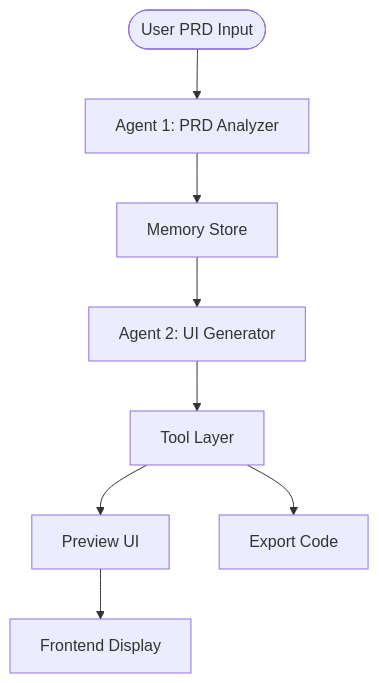
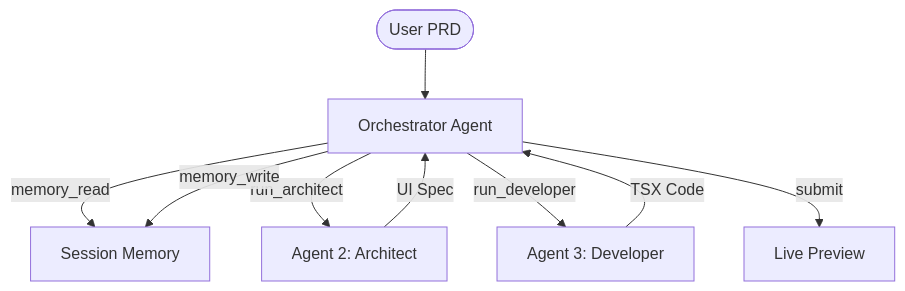
One commit to Shobhin9747/Thinkpalm-agentai-shobhin-Capstone-Sandbox-Full-Agent-Pipeline changed the first of 2 diagrams in README.md. Above: the diagram before and after it, drawn with Mermaid. The commit also changed other lines of this file, not shown here.

````diff
--- a/README.md
+++ b/README.md
@@ -69,12 +70,11 @@
 ```mermaid
 graph TD
-    User([User PRD Input]) --> Analyzer[Agent 1: PRD Analyzer]
-    Analyzer --> Memory[Memory Store]
-    Memory --> UIGen[Agent 2: UI Generator]
-    UIGen --> Tools[Tool Layer]
-
-    Tools --> Preview[Preview UI]
-    Tools --> Export[Export Code]
-
-    Preview --> UI[Frontend Display]
+    User([User PRD]) --> Manager[Orchestrator Agent]
+    Manager -->|memory_read| Memory[Session Memory]
+    Manager -->|run_architect| Architect[Agent 2: Architect]
+    Architect -->|UI Spec| Manager
+    Manager -->|run_developer| Developer[Agent 3: Developer]
+    Developer -->|TSX Code| Manager
+    Manager -->|memory_write| Memory
+    Manager -->|submit| UI[Live Preview]
 ```
````
